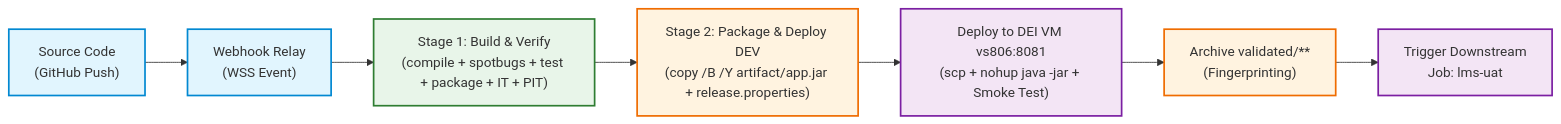
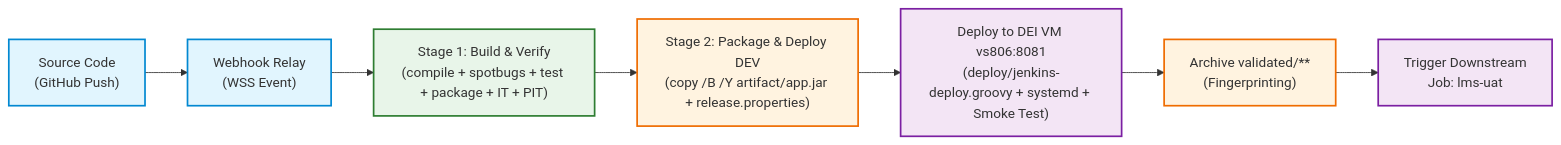
One commit to RafaelBrandao04/psoft-project-2026-1 changed the diagram in Docs/ODSOFT/pipeline/ci-build-and-code-analysis.md. Above: the diagram before and after it, drawn with Mermaid. The commit also changed other lines of this file and 1 other file, not shown here.

````diff
--- a/Docs/ODSOFT/pipeline/ci-build-and-code-analysis.md
+++ b/Docs/ODSOFT/pipeline/ci-build-and-code-analysis.md
@@ -24,19 +24,19 @@
 ```mermaid
 flowchart LR
     SRC["Source Code<br/>(GitHub Push)"] --> WR["Webhook Relay<br/>(WSS Event)"]
     WR --> STAGE1["Stage 1: Build & Verify<br/>(compile + spotbugs + test + package + IT + PIT)"]
     STAGE1 --> STAGE2["Stage 2: Package & Deploy DEV<br/>(copy /B /Y artifact/app.jar + release.properties)"]
-    STAGE2 --> SSH["Deploy to DEI VM vs806:8081<br/>(scp + nohup java -jar + Smoke Test)"]
+    STAGE2 --> SSH["Deploy to DEI VM vs806:8081<br/>(deploy/jenkins-deploy.groovy + systemd + Smoke Test)"]
     SSH --> ARCHIVE["Archive validated/**<br/>(Fingerprinting)"]
     ARCHIVE --> UAT["Trigger Downstream<br/>Job: lms-uat"]
 
     classDef srcStyle fill:#e1f5fe,stroke:#0288d1,stroke-width:2px;
     classDef buildStyle fill:#e8f5e9,stroke:#2e7d32,stroke-width:2px;
     classDef pkgStyle fill:#fff3e0,stroke:#ef6c00,stroke-width:2px;
     classDef cdStyle fill:#f3e5f5,stroke:#7b1fa2,stroke-width:2px;
 
     class SRC,WR srcStyle;
     class STAGE1 buildStyle;
     class STAGE2,ARCHIVE pkgStyle;
     class SSH,UAT cdStyle;
 ```
````
